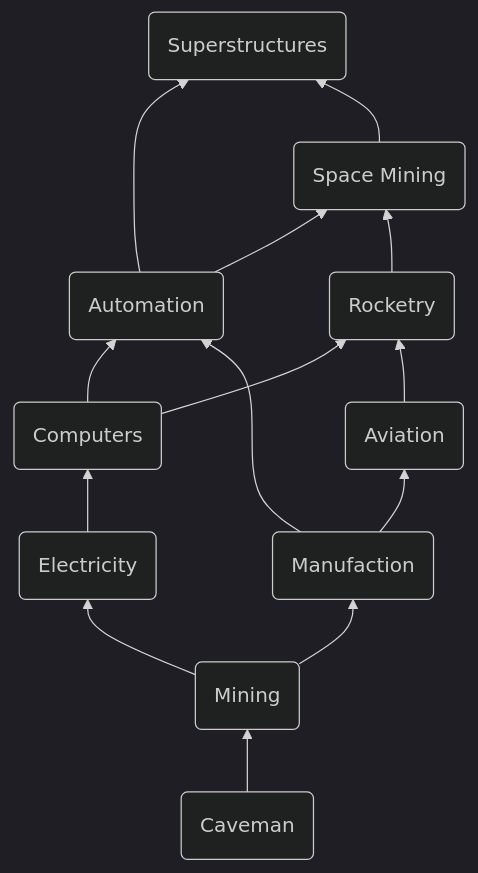
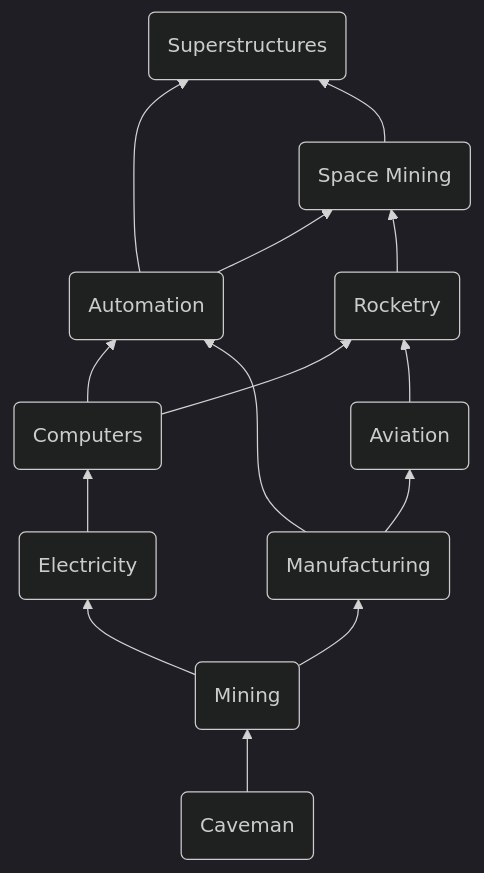
Before and after one commit to ethan-w-foshee/TerraStella: the diagram in FLOWCHART.md, drawn with Mermaid (dark theme).

Commit message:
Manufaction -> Manufacturing

````diff
--- a/FLOWCHART.md
+++ b/FLOWCHART.md
@@ -14,27 +14,27 @@
 ```mermaid
 flowchart BT
 1(Caveman)
 2(Mining)
 3(Electricity)
-4(Manufaction)
+4(Manufacturing)
 5(Computers)
 6(Automation)
 7(Aviation)
 8(Rocketry)
 9(Space Mining)
 10(Superstructures)
 
 1 --> 2
 2 --> 3
 2 --> 4
 3 --> 5
 5 --> 6
 4 --> 6
 4 --> 7
 5 --> 8
 7 --> 8
 6 --> 9
 8 --> 9
 6 --> 10
 9 --> 10
 ```
````
